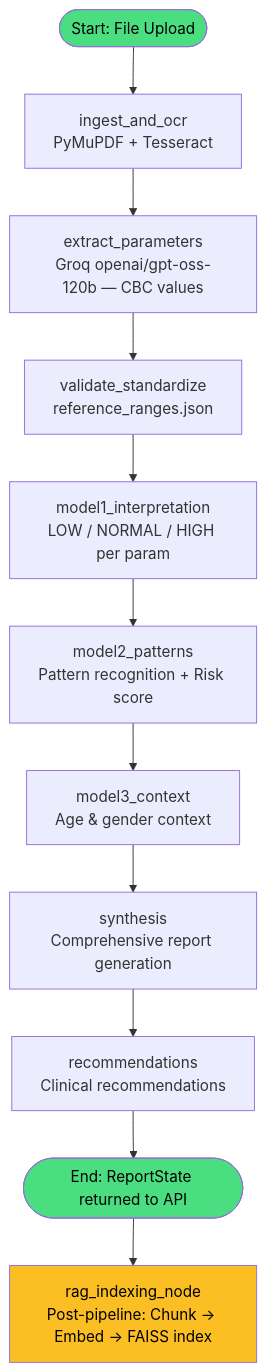
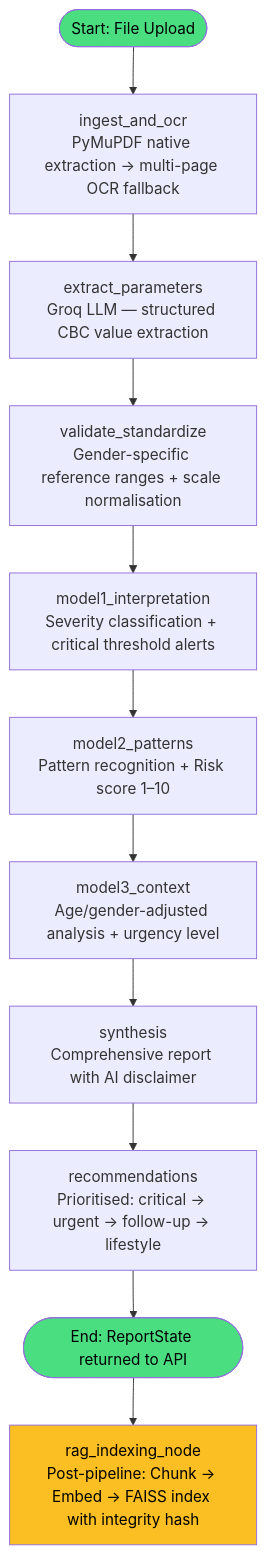
The first of 3 diagrams in README.md (Likithsatya192/Multi-Model-AI-Agent-for-Health-Diagnostics), drawn with Mermaid before and after one commit. The commit also changed other lines of this file and 14 other files, not shown here.

````diff
--- a/README.md
+++ b/README.md
@@ -52,18 +56,18 @@
 ```mermaid
 flowchart TD
-    A([Start: File Upload]) --> B[ingest_and_ocr\nPyMuPDF + Tesseract]
-    B --> C[extract_parameters\nGroq openai/gpt-oss-120b — CBC values]
-    C --> D[validate_standardize\nreference_ranges.json]
-    D --> E[model1_interpretation\nLOW / NORMAL / HIGH per param]
-    E --> F[model2_patterns\nPattern recognition + Risk score]
-    F --> G[model3_context\nAge & gender context]
-    G --> H[synthesis\nComprehensive report generation]
-    H --> I[recommendations\nClinical recommendations]
+    A([Start: File Upload]) --> B[ingest_and_ocr\nPyMuPDF native extraction → multi-page OCR fallback]
+    B --> C[extract_parameters\nGroq LLM — structured CBC value extraction]
+    C --> D[validate_standardize\nGender-specific reference ranges + scale normalisation]
+    D --> E[model1_interpretation\nSeverity classification + critical threshold alerts]
+    E --> F[model2_patterns\nPattern recognition + Risk score 1–10]
+    F --> G[model3_context\nAge/gender-adjusted analysis + urgency level]
+    G --> H[synthesis\nComprehensive report with AI disclaimer]
+    H --> I[recommendations\nPrioritised: critical → urgent → follow-up → lifestyle]
     I --> K([End: ReportState returned to API])
     
-    K --> J[rag_indexing_node\nPost-pipeline: Chunk → Embed → FAISS index]
+    K --> J[rag_indexing_node\nPost-pipeline: Chunk → Embed → FAISS index with integrity hash]
 
     style A fill:#4ade80,color:#000
     style K fill:#4ade80,color:#000
     style J fill:#fbbf24,color:#000
 ```
````
